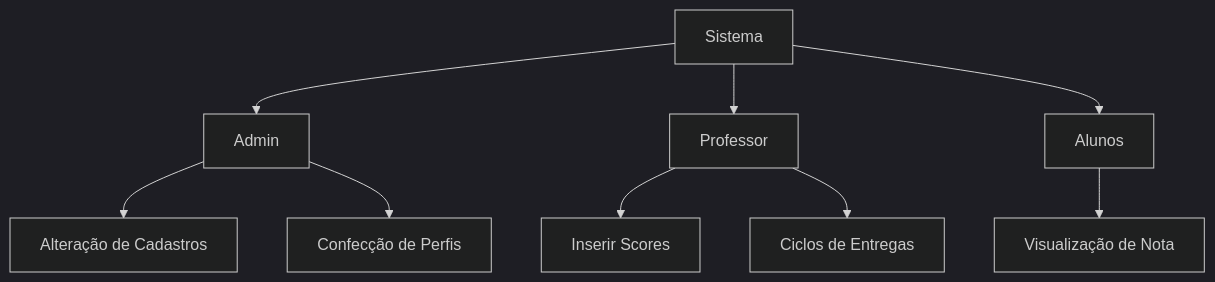
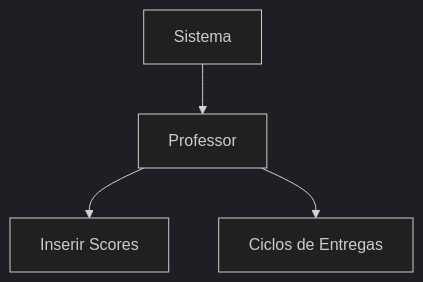
Before and after one commit to CoderHood-Fatec/ProjetoCoderHood: the diagram in README.md, drawn with Mermaid (dark theme).

````diff
--- a/README.md
+++ b/README.md
@@ -64,7 +64,6 @@
 ```mermaid
 flowchart TD
-A[Sistema] --> C[Admin] & B[Professor] & D[Alunos]
+A[Sistema] --> B[Professor] 
 B --> E[Inserir Scores] & F[Ciclos de Entregas]
-C --> G[Alteração de Cadastros] & H[Confecção de Perfis]
-D --> I[Visualização de Nota]
+
 ```
````
